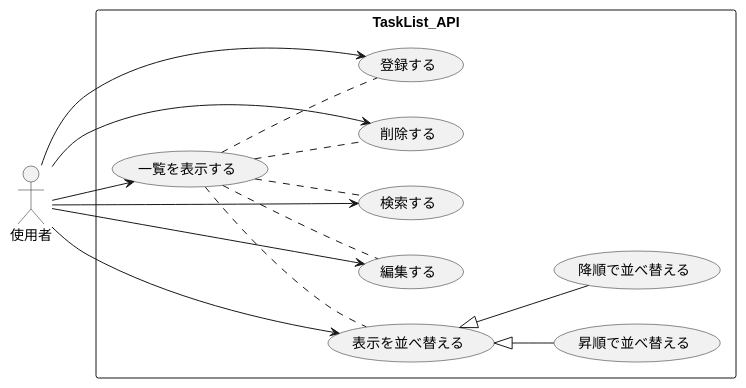
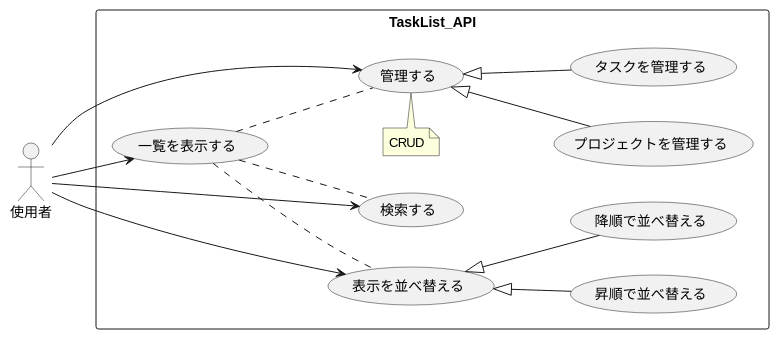
Before and after one commit to code-10157/asp.net_core_ver.2: the second of 9 diagrams in asp_projects/documents/7.要件定義/TaskList-API_rsc.md, drawn with PlantUML. The commit also changed other lines of this file, not shown here.

````diff
--- a/asp_projects/documents/7.要件定義/TaskList-API_rsc.md
+++ b/asp_projects/documents/7.要件定義/TaskList-API_rsc.md
@@ -48,23 +81,23 @@
   ``` plantuml
   @startuml
   left to right direction
   actor "使用者" as ac1
 
   rectangle TaskList_API {
-    ac1 --> (登録する)
-    ac1 --> (削除する)
+    ac1 --> (管理する)
     ac1 --> (一覧を表示する)
     ac1 --> (検索する)
-    ac1 --> (編集する)
     ac1 --> (表示を並べ替える)
 
-    (一覧を表示する) .. (登録する)
-    (一覧を表示する) .. (削除する)
+    (一覧を表示する) .. (管理する)
     (一覧を表示する) .. (表示を並べ替える)
     (一覧を表示する) .. (検索する)
-    (一覧を表示する) .. (編集する)
     (表示を並べ替える) <|-- (昇順で並べ替える)
     (表示を並べ替える) <|-- (降順で並べ替える)
+    (管理する) <|-- (プロジェクトを管理する)
+    (管理する) <|-- (タスクを管理する)   
+    note top of 管理する : CRUD  
   }
+
   @enduml
   ```
````
